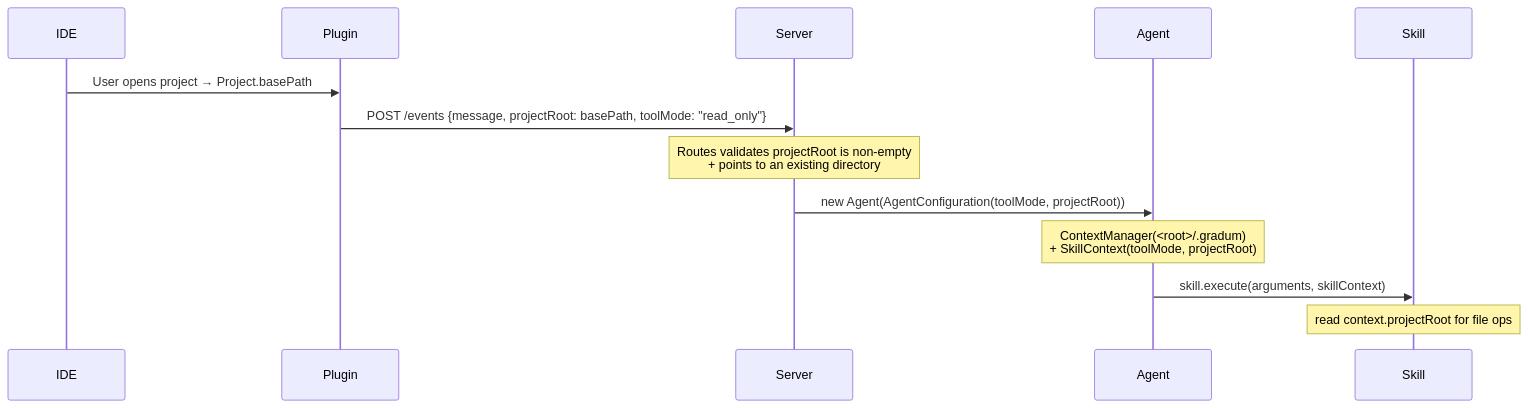
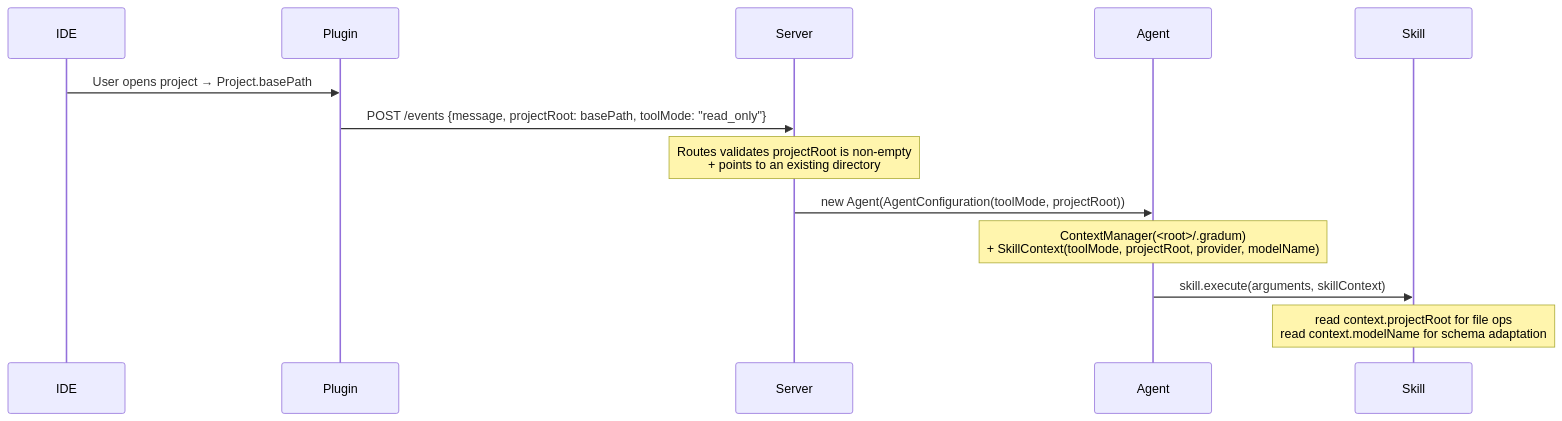
One commit to lg841226/Gradum changed the fourth of 4 diagrams in docs/PLUGIN_DEVELOPMENT.md. Above: the diagram before and after it, drawn with Mermaid. The commit also changed other lines of this file and 16 other files, not shown here.

````diff
--- a/docs/PLUGIN_DEVELOPMENT.md
+++ b/docs/PLUGIN_DEVELOPMENT.md
@@ -879,15 +890,15 @@
 ```mermaid
 sequenceDiagram
     participant IDE
     participant Plugin
     participant Server
     participant Agent
     participant Skill
     IDE ->> Plugin: User opens project → Project.basePath
     Plugin ->> Server: POST /events {message, projectRoot: basePath, toolMode: "read_only"}
     Note over Server: Routes validates projectRoot is non-empty<br/>+ points to an existing directory
     Server ->> Agent: new Agent(AgentConfiguration(toolMode, projectRoot))
-    Note over Agent: ContextManager(<root>/.gradum)<br/>+ SkillContext(toolMode, projectRoot)
+    Note over Agent: ContextManager(<root>/.gradum)<br/>+ SkillContext(toolMode, projectRoot, provider, modelName)
     Agent ->> Skill: skill.execute(arguments, skillContext)
-    Note over Skill: read context.projectRoot for file ops
+    Note over Skill: read context.projectRoot for file ops<br/>read context.modelName for schema adaptation
 ```
````
